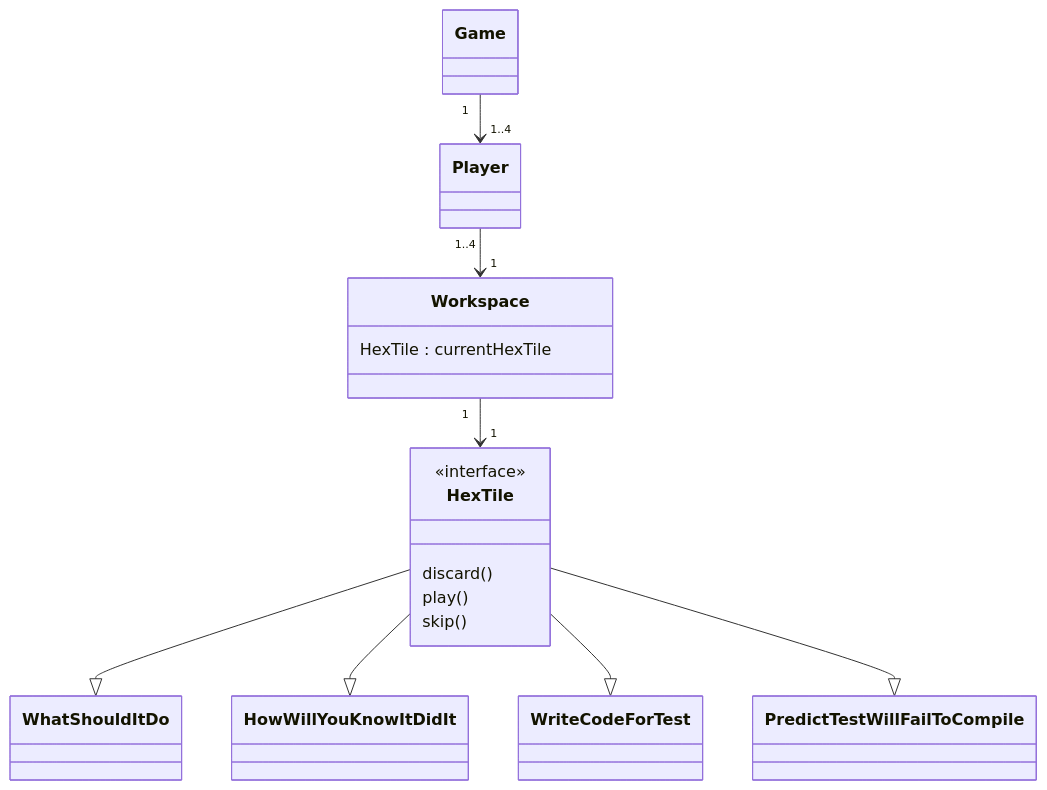
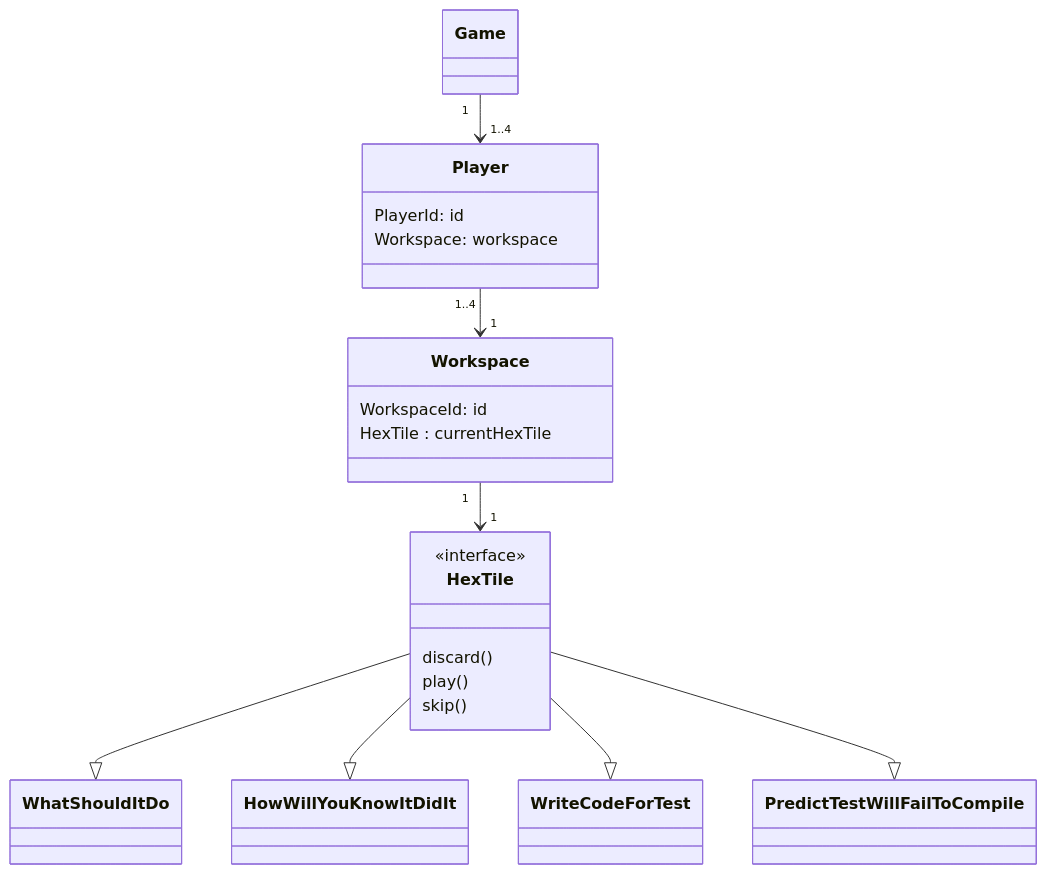
One commit to jitterted/tdd-game changed the diagram in src/main/java/dev/ted/tddgame/domain/class-diagram.mermaid. Above: the diagram before and after it, drawn with Mermaid. The commit also changed 3 other files, not shown here.

Commit message:
Introduced Workspace, which copies the ID from the Player (if we do workspace sharing, we'll have to generate a different ID)

```diff
--- a/src/main/java/dev/ted/tddgame/domain/class-diagram.mermaid
+++ b/src/main/java/dev/ted/tddgame/domain/class-diagram.mermaid
@@ -1,20 +1,24 @@
 classDiagram
     class Game
-    class Player
+    class Player {
+        PlayerId: id
+        Workspace: workspace
+    }
     class Workspace {
+        WorkspaceId: id
         HexTile : currentHexTile
     }
     class HexTile {
         <<interface>>
         discard()
         play()
         skip()
     }
     HexTile --|> WhatShouldItDo
     HexTile --|> HowWillYouKnowItDidIt
     HexTile --|> WriteCodeForTest
     HexTile --|> PredictTestWillFailToCompile
 
     Game "1" --> "1..4" Player
     Player "1..4" --> "1" Workspace
     Workspace "1" --> "1" HexTile
```
